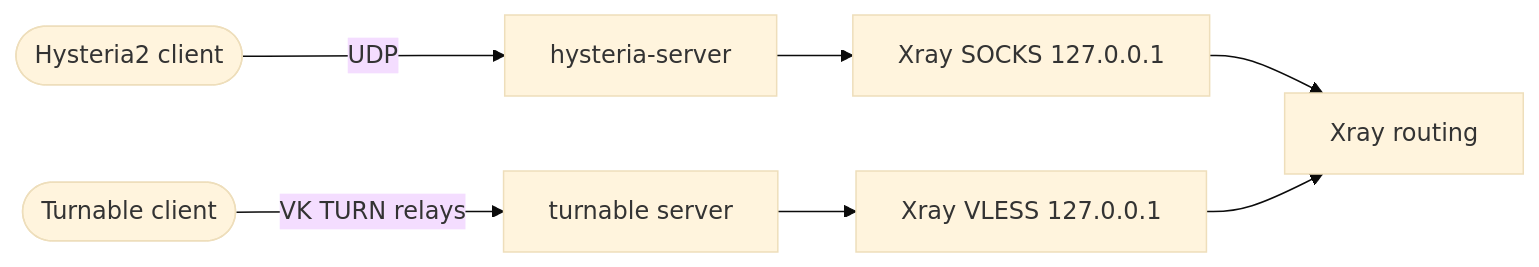
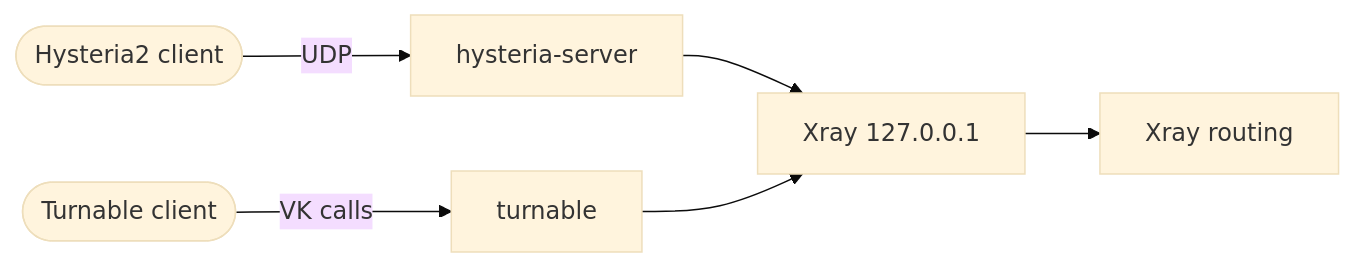
The fourth of 4 diagrams in docs/en/architecture.md (Shark-vil/xray_vless_easy_install_script), drawn with Mermaid (base theme) before and after one commit. The commit also changed other lines of this file and 29 other files, not shown here.

````diff
--- a/docs/en/architecture.md
+++ b/docs/en/architecture.md
@@ -72,7 +66,6 @@
 ```mermaid
 flowchart LR
-    H([Hysteria2 client]) -- UDP --> HS[hysteria-server] --> S[Xray SOCKS 127.0.0.1]
-    T([Turnable client]) -- VK TURN relays --> TS[turnable server] --> V[Xray VLESS 127.0.0.1]
+    H([Hysteria2 client]) -- UDP --> HS[hysteria-server] --> S[Xray 127.0.0.1]
+    T([Turnable client]) -- VK calls --> TS[turnable] --> S
     S --> R[Xray routing]
-    V --> R
 ```
````
